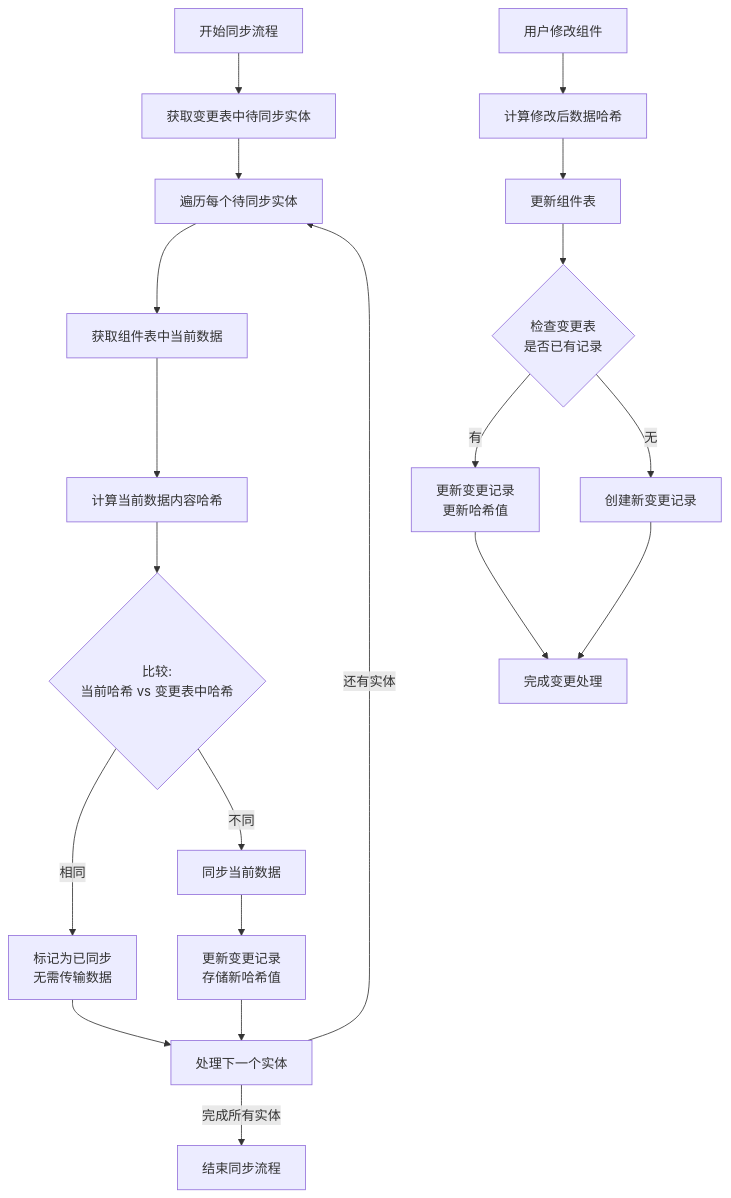
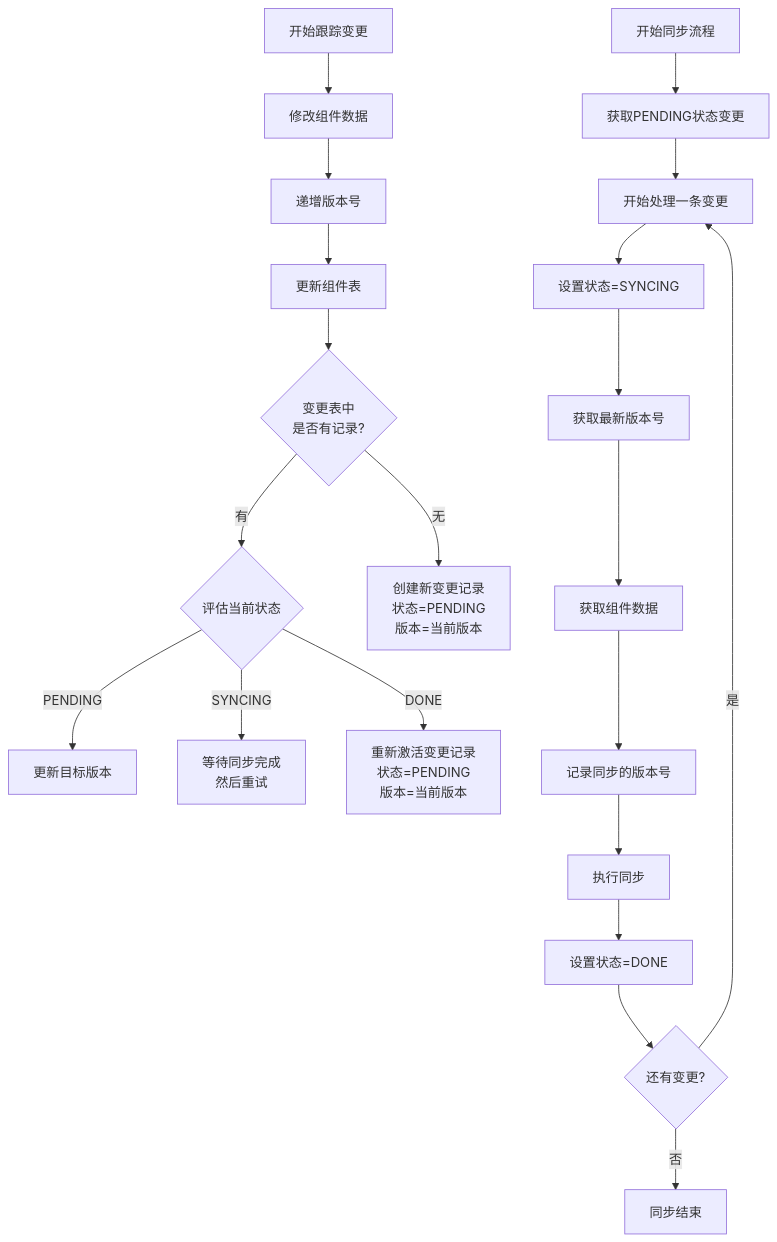
The diagram in all/未命名-42.md (yingjianzh/iodraw-files), drawn with Mermaid before and after one commit.

Commit message:
2025-04-24 14:20:43 update

````diff
--- a/all/未命名-42.md
+++ b/all/未命名-42.md
@@ -1,30 +1,29 @@
 ```mermaid
 flowchart TD
-    Start[开始同步流程] --> FetchChanges[获取变更表中待同步实体]
-    FetchChanges --> Loop[遍历每个待同步实体]
+    Start[开始跟踪变更] --> ChangeComponent[修改组件数据]
+    ChangeComponent --> IncVersion[递增版本号]
+    IncVersion --> UpdateComponent[更新组件表]
     
-    Loop --> FetchCurrentData[获取组件表中当前数据]
-    FetchCurrentData --> ComputeCurrentHash[计算当前数据内容哈希]
+    UpdateComponent --> CheckChangeTable{变更表中<br/>是否有记录?}
+    CheckChangeTable -- 有 --> EvaluateState{评估当前状态}
+    CheckChangeTable -- 无 --> CreateNewRecord[创建新变更记录<br/>状态=PENDING<br/>版本=当前版本]
     
-    ComputeCurrentHash --> CompareHash{比较:<br/>当前哈希 vs 变更表中哈希}
+    EvaluateState -- PENDING --> UpdateVersion[更新目标版本]
+    EvaluateState -- SYNCING --> WaitAndRetry[等待同步完成<br/>然后重试]
+    EvaluateState -- DONE --> ReactivateChange[重新激活变更记录<br/>状态=PENDING<br/>版本=当前版本]
     
-    CompareHash -- 相同 --> MarkSynced[标记为已同步<br/>无需传输数据]
-    CompareHash -- 不同 --> SyncData[同步当前数据]
+    SyncProcess[开始同步流程] --> FetchPending[获取PENDING状态变更]
+    FetchPending --> BeginSync[开始处理一条变更]
     
-    SyncData --> UpdateChangeRecord[更新变更记录<br/>存储新哈希值]
-    MarkSynced --> NextEntity[处理下一个实体]
-    UpdateChangeRecord --> NextEntity
+    BeginSync --> SetSyncing[设置状态=SYNCING]
+    SetSyncing --> GetLatestVersion[获取最新版本号]
+    GetLatestVersion --> FetchData[获取组件数据]
     
-    NextEntity -- 还有实体 --> Loop
-    NextEntity -- 完成所有实体 --> End[结束同步流程]
+    FetchData --> RecordSyncVersion[记录同步的版本号]
+    RecordSyncVersion --> PerformSync[执行同步]
+    PerformSync --> SetDone[设置状态=DONE]
     
-    UserChange[用户修改组件] --> CalculateHash[计算修改后数据哈希]
-    CalculateHash --> UpdateComponent[更新组件表]
-    UpdateComponent --> CheckExistingChange{检查变更表<br/>是否已有记录}
-    
-    CheckExistingChange -- 有 --> UpdateExistingChange[更新变更记录<br/>更新哈希值]
-    CheckExistingChange -- 无 --> CreateNewChange[创建新变更记录]
-    
-    UpdateExistingChange --> Done[完成变更处理]
-    CreateNewChange --> Done
+    SetDone --> NextChange{还有变更?}
+    NextChange -- 是 --> BeginSync
+    NextChange -- 否 --> EndSync[同步结束]
 ```
````
